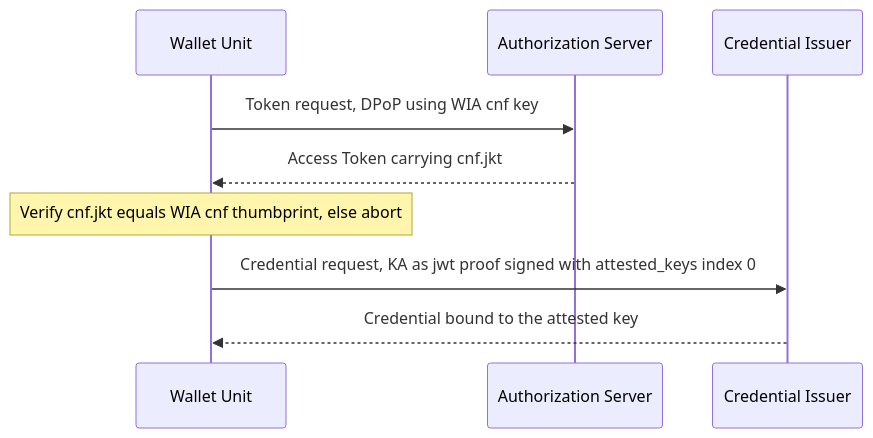
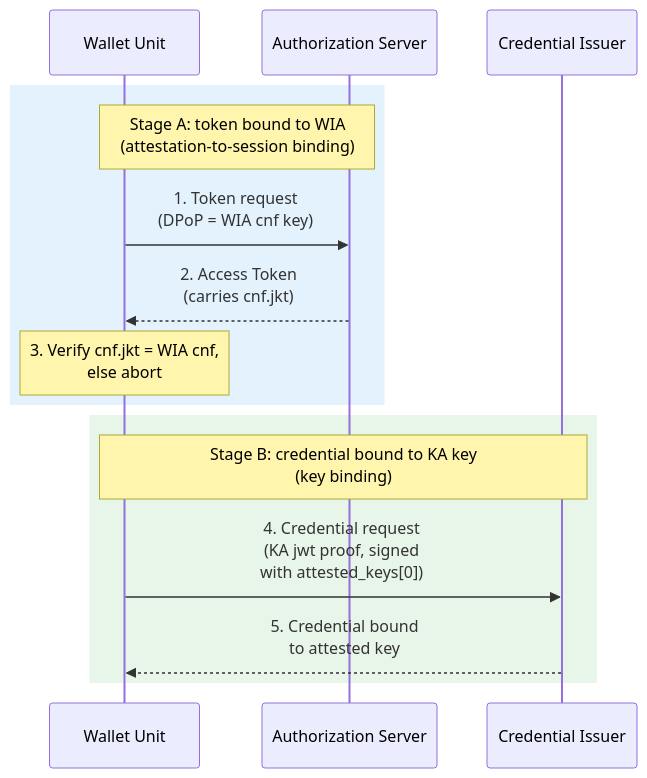
Before and after one commit to webuild-consortium/wp4-architecture: the diagram in conformance-specs/cs-04-wua-lifecycle-v0.1.md, drawn with Mermaid. The commit also changed other lines of this file, not shown here.

````diff
--- a/conformance-specs/cs-04-wua-lifecycle-v0.1.md
+++ b/conformance-specs/cs-04-wua-lifecycle-v0.1.md
@@ -129,11 +129,17 @@
 ```mermaid
 sequenceDiagram
   participant WU as Wallet Unit
   participant AS as Authorization Server
   participant CI as Credential Issuer
-  WU->>AS: Token request, DPoP using WIA cnf key
-  AS-->>WU: Access Token carrying cnf.jkt
-  Note over WU: Verify cnf.jkt equals WIA cnf thumbprint, else abort
-  WU->>CI: Credential request, KA as jwt proof signed with attested_keys index 0
-  CI-->>WU: Credential bound to the attested key
+  rect rgb(227, 242, 253)
+  Note over WU,AS: Stage A: token bound to WIA<br/>(attestation-to-session binding)
+  WU->>AS: 1. Token request<br/>(DPoP = WIA cnf key)
+  AS-->>WU: 2. Access Token<br/>(carries cnf.jkt)
+  Note over WU: 3. Verify cnf.jkt = WIA cnf,<br/>else abort
+  end
+  rect rgb(232, 245, 233)
+  Note over WU,CI: Stage B: credential bound to KA key<br/>(key binding)
+  WU->>CI: 4. Credential request<br/>(KA jwt proof, signed<br/>with attested_keys[0])
+  CI-->>WU: 5. Credential bound<br/>to attested key
+  end
 ```
````
